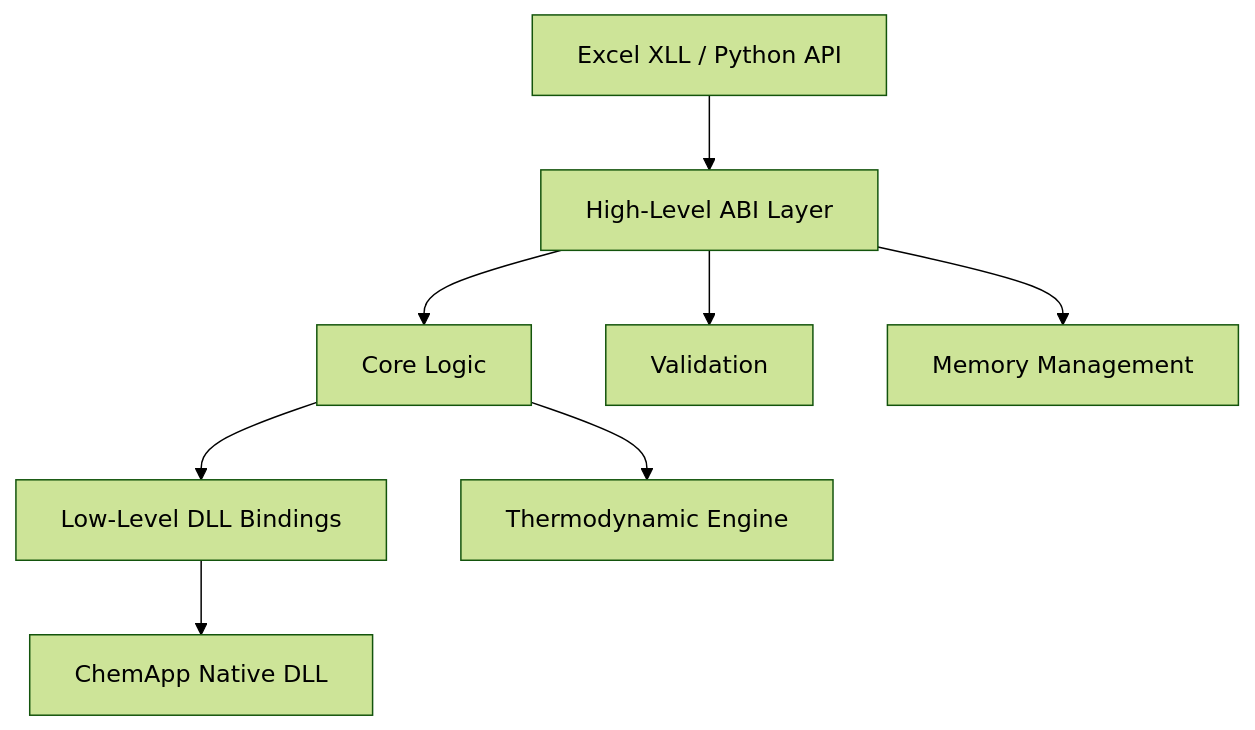
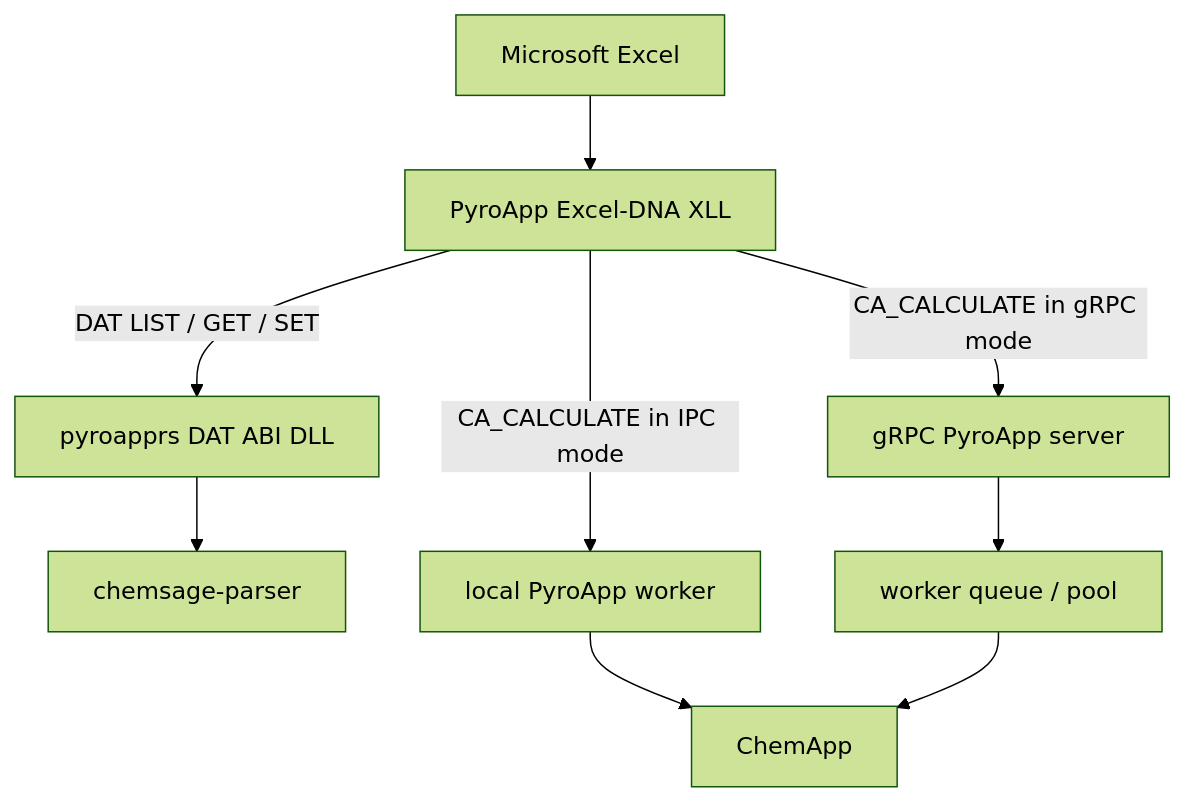
Before and after one commit to evnekdev/pyroapp-docs: the diagram in docs/pyroapp-architecture-2.0.md, drawn with Mermaid (forest theme). The commit also changed other lines of this file and 30 other files, not shown here.

Commit message:
Rebuild PyroApp documentation learning path

````diff
--- a/docs/pyroapp-architecture-2.0.md
+++ b/docs/pyroapp-architecture-2.0.md
@@ -5,12 +5,19 @@
 ```mermaid
 graph TD
-
-    A[Excel XLL / Python API] --> B[High-Level ABI Layer]
-    B --> C[Core Logic]
-    C --> D[Low-Level DLL Bindings]
-    D --> E[ChemApp Native DLL]
-
-    B --> F[Validation]
-    B --> G[Memory Management]
-    C --> H[Thermodynamic Engine]
+    X[Microsoft Excel]
+    A[PyroApp Excel-DNA XLL]
+    D[pyroapprs DAT ABI DLL]
+    P[chemsage-parser]
+    L[local PyroApp worker]
+    C[ChemApp]
+    G[gRPC PyroApp server]
+    Q[worker queue / pool]
+    X --> A
+    A -->|DAT LIST / GET / SET| D
+    D --> P
+    A -->|CA_CALCULATE in IPC mode| L
+    L --> C
+    A -->|CA_CALCULATE in gRPC mode| G
+    G --> Q
+    Q --> C
 ```
````
